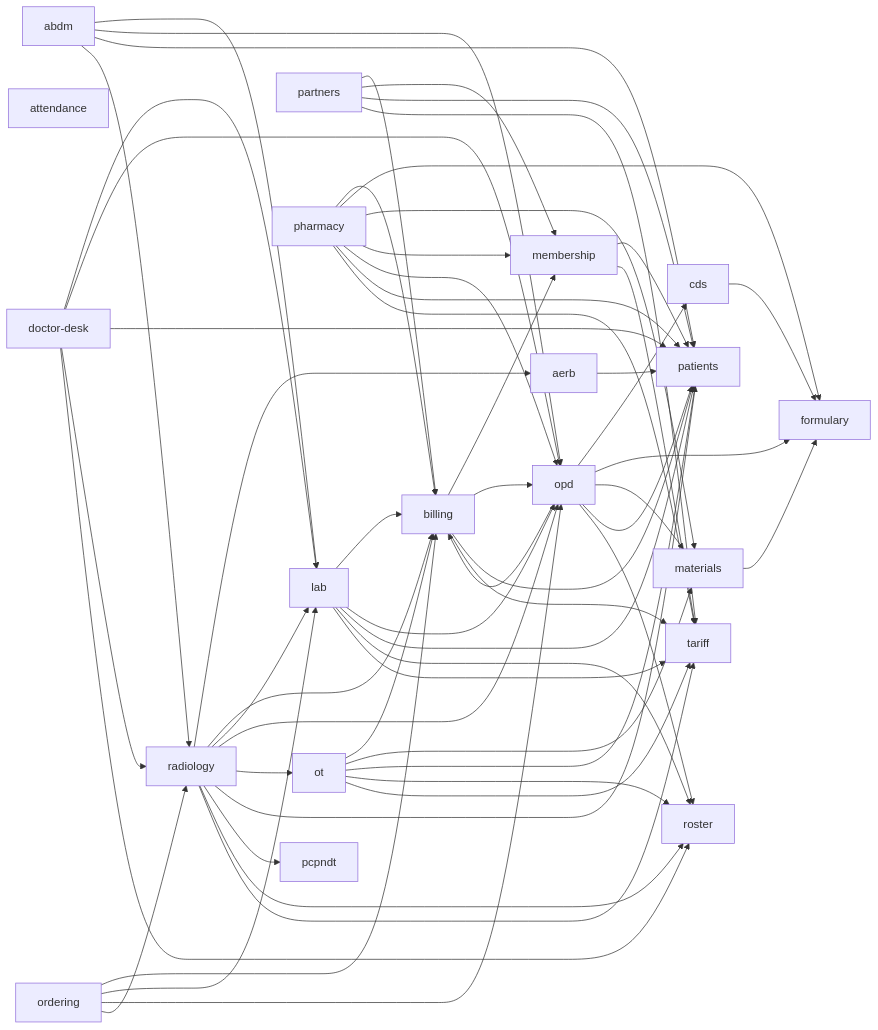
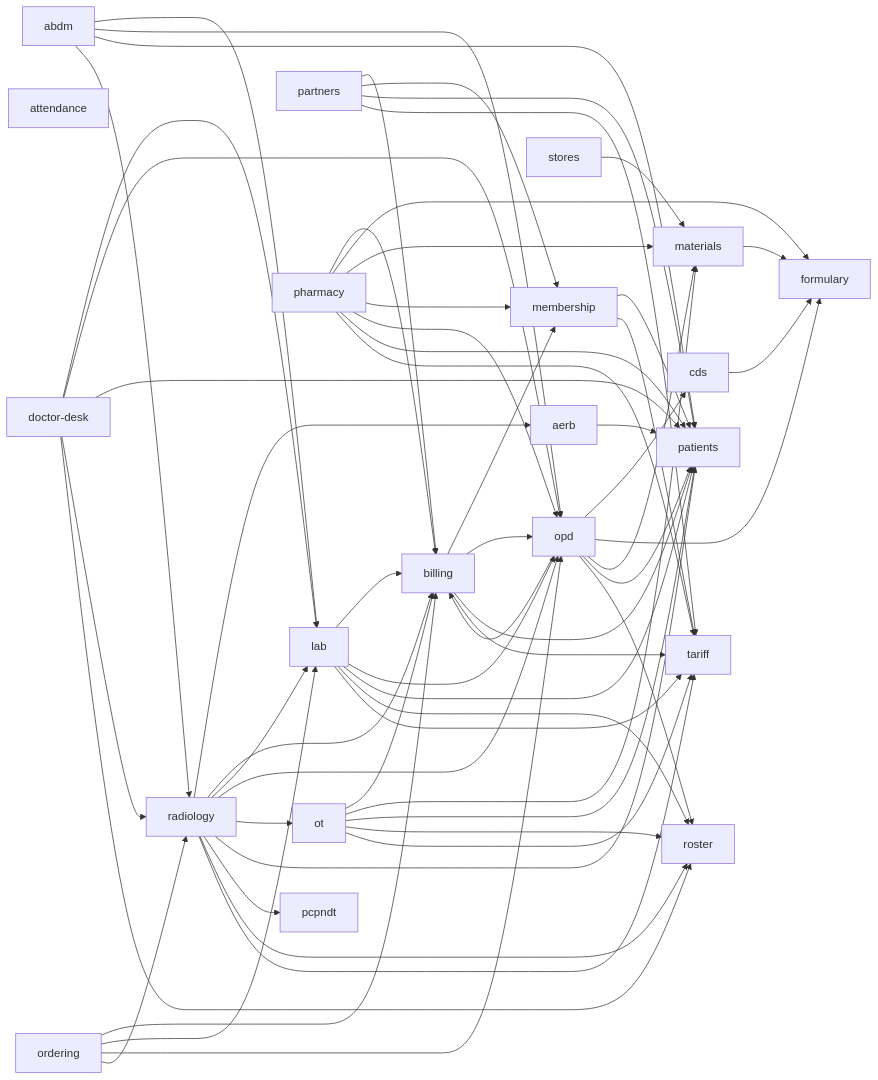
One commit to ankits3a/hims-hmis changed the second of 2 diagrams in docs/architecture/README.md. Above: the diagram before and after it, drawn with Mermaid. The commit also changed other lines of this file and 5 other files, not shown here.

First line of the commit message:
docs(stores): regenerate the architecture map; spec #1111 status built

````diff
--- a/docs/architecture/README.md
+++ b/docs/architecture/README.md
@@ -49,6 +49,7 @@
   pharmacy[pharmacy]
   radiology[radiology]
   roster[roster]
+  stores[stores]
   tariff[tariff]
   abdm --> lab
   abdm --> opd
@@ -108,4 +109,5 @@
   radiology --> pcpndt
   radiology --> roster
   radiology --> tariff
+  stores --> materials
 ```
````
